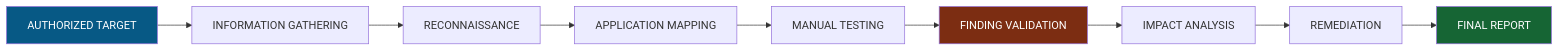
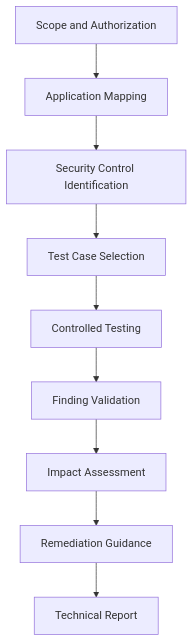
The fourth of 4 diagrams in README.md (GhostMaskR/Web-Application-Basics), drawn with Mermaid before and after one commit. The commit also changed other lines of this file, not shown here.

````diff
--- a/README.md
+++ b/README.md
@@ -471,15 +1048,11 @@
 ```mermaid
-flowchart LR
-A["AUTHORIZED TARGET"] --> B["INFORMATION GATHERING"]
-B --> C["RECONNAISSANCE"]
-C --> D["APPLICATION MAPPING"]
-D --> E["MANUAL TESTING"]
-E --> F["FINDING VALIDATION"]
-F --> G["IMPACT ANALYSIS"]
-G --> H["REMEDIATION"]
-H --> I["FINAL REPORT"]
-
-style A fill:#075985,color:#fff
-style F fill:#7c2d12,color:#fff
-style I fill:#166534,color:#fff
+flowchart TD
+    A["Scope and Authorization"] --> B["Application Mapping"]
+    B --> C["Security Control Identification"]
+    C --> D["Test Case Selection"]
+    D --> E["Controlled Testing"]
+    E --> F["Finding Validation"]
+    F --> G["Impact Assessment"]
+    G --> H["Remediation Guidance"]
+    H --> I["Technical Report"]
 ```
````
